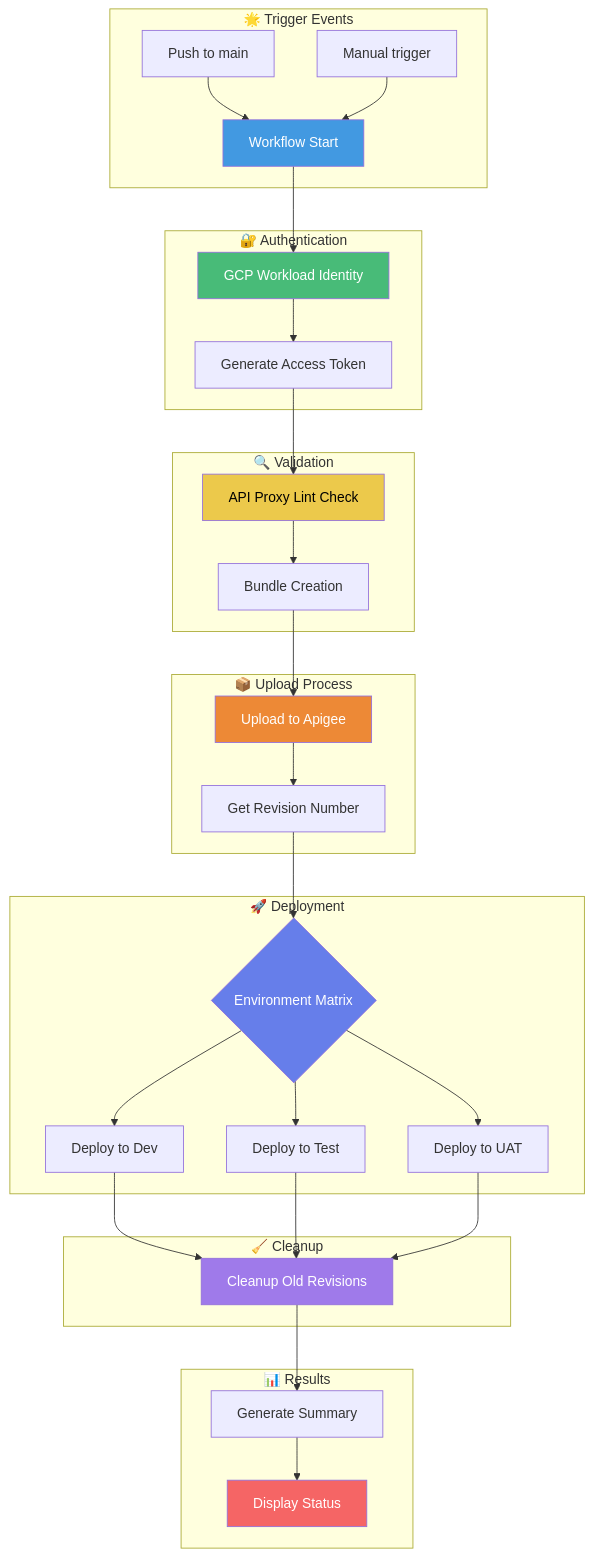
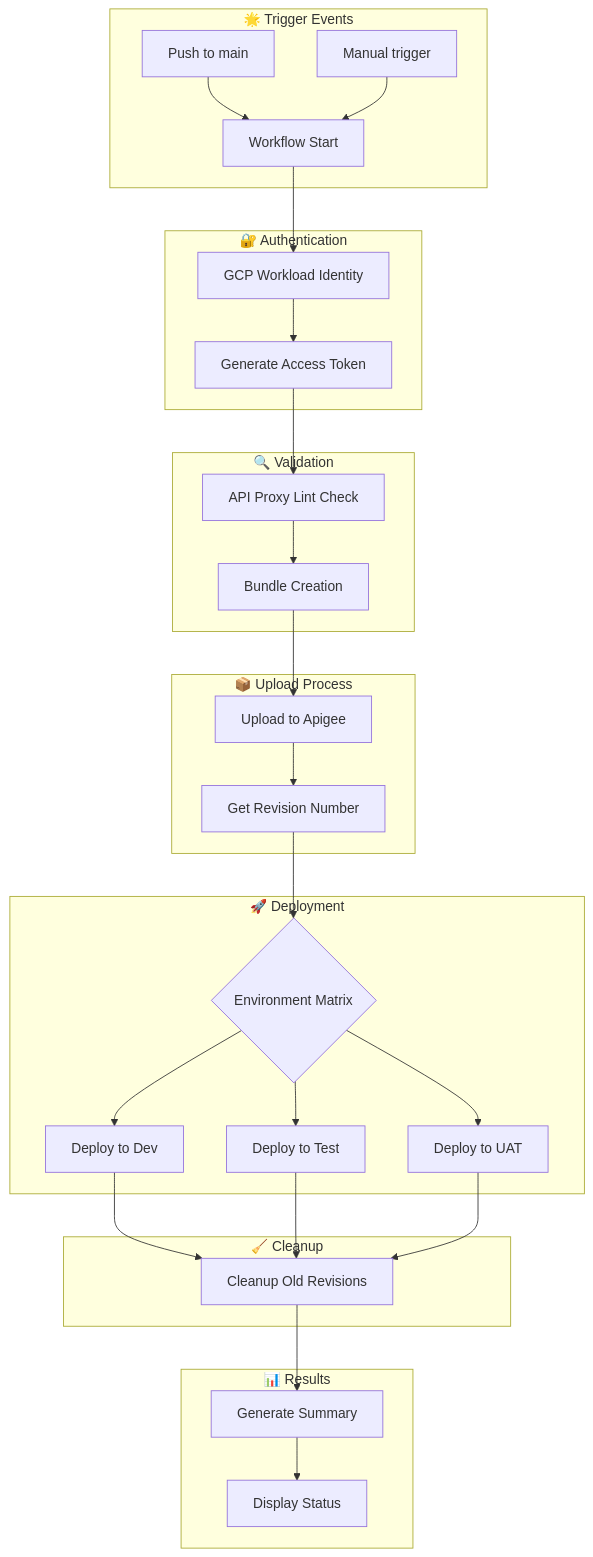
One commit to atlaspendo/apigeex-cicd changed the diagram in README.md. Above: the diagram before and after it, drawn with Mermaid. The commit also changed other lines of this file, not shown here.

````diff
--- a/README.md
+++ b/README.md
@@ -18,49 +33,41 @@
 ```mermaid
 flowchart TB
     subgraph "🌟 Trigger Events"
         A1["Push to main"] --> T
         A2["Manual trigger"] --> T
         T["Workflow Start"]
     end
 
     subgraph "🔐 Authentication"
         T --> B["GCP Workload Identity"]
         B --> C["Generate Access Token"]
     end
 
     subgraph "🔍 Validation"
         C --> D["API Proxy Lint Check"]
         D --> E["Bundle Creation"]
     end
 
     subgraph "📦 Upload Process"
         E --> F["Upload to Apigee"]
         F --> G["Get Revision Number"]
     end
 
     subgraph "🚀 Deployment"
         G --> H{"Environment Matrix"}
         H --> I1["Deploy to Dev"]
         H --> I2["Deploy to Test"]
         H --> I3["Deploy to UAT"]
     end
 
     subgraph "🧹 Cleanup"
         I1 --> J["Cleanup Old Revisions"]
         I2 --> J
         I3 --> J
     end
 
     subgraph "📊 Results"
         J --> K["Generate Summary"]
         K --> L["Display Status"]
     end
-
-    style T fill:#4299e1,color:#fff
-    style B fill:#48bb78,color:#fff
-    style D fill:#ecc94b,color:#000
-    style F fill:#ed8936,color:#fff
-    style H fill:#667eea,color:#fff
-    style J fill:#9f7aea,color:#fff
-    style L fill:#f56565,color:#fff
 ```
````
